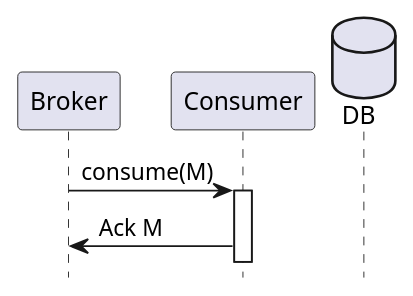
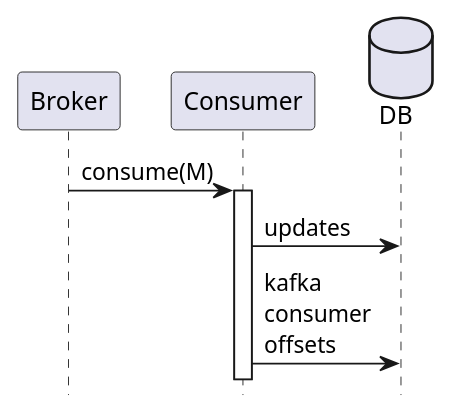
One commit to victorrentea/kafka changed the diagram in patterns/devoxx/5_consumer.puml. Above: the diagram before and after it, drawn with PlantUML. The commit also changed 4 other files, not shown here.

```diff
--- a/patterns/devoxx/5_consumer.puml
+++ b/patterns/devoxx/5_consumer.puml
@@ -1,10 +1,10 @@
 @startuml
 hide footbox
 database DB order 99
 
 Broker->Consumer++: consume(M)
-Broker<-Consumer: Ack M
-'Consumer->DB: updates
+Consumer->DB: updates
+'Broker<-Consumer: Ack M
 
-'Consumer->DB: kafka\nconsumer\noffsets
+Consumer->DB: kafka\nconsumer\noffsets
 @enduml
```
